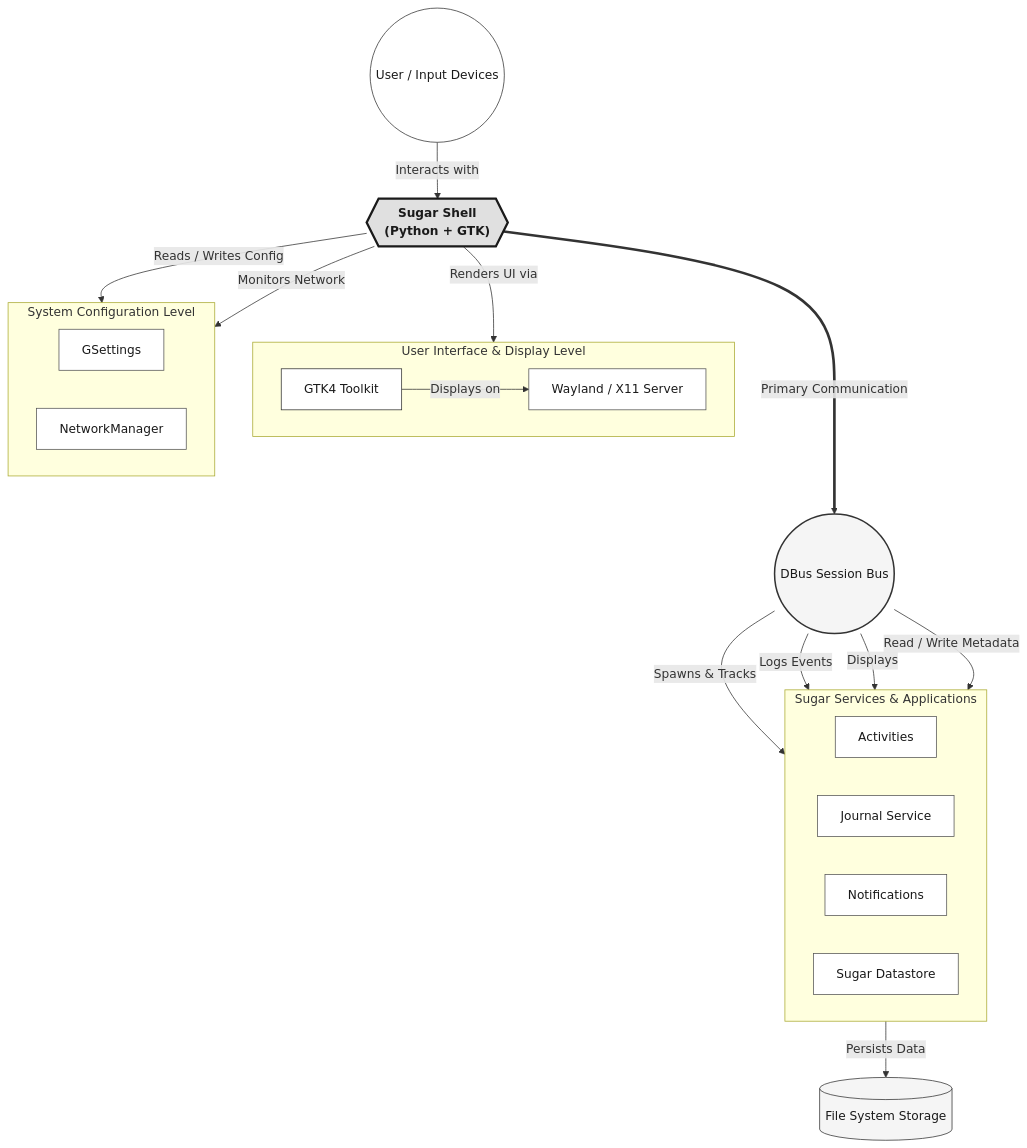
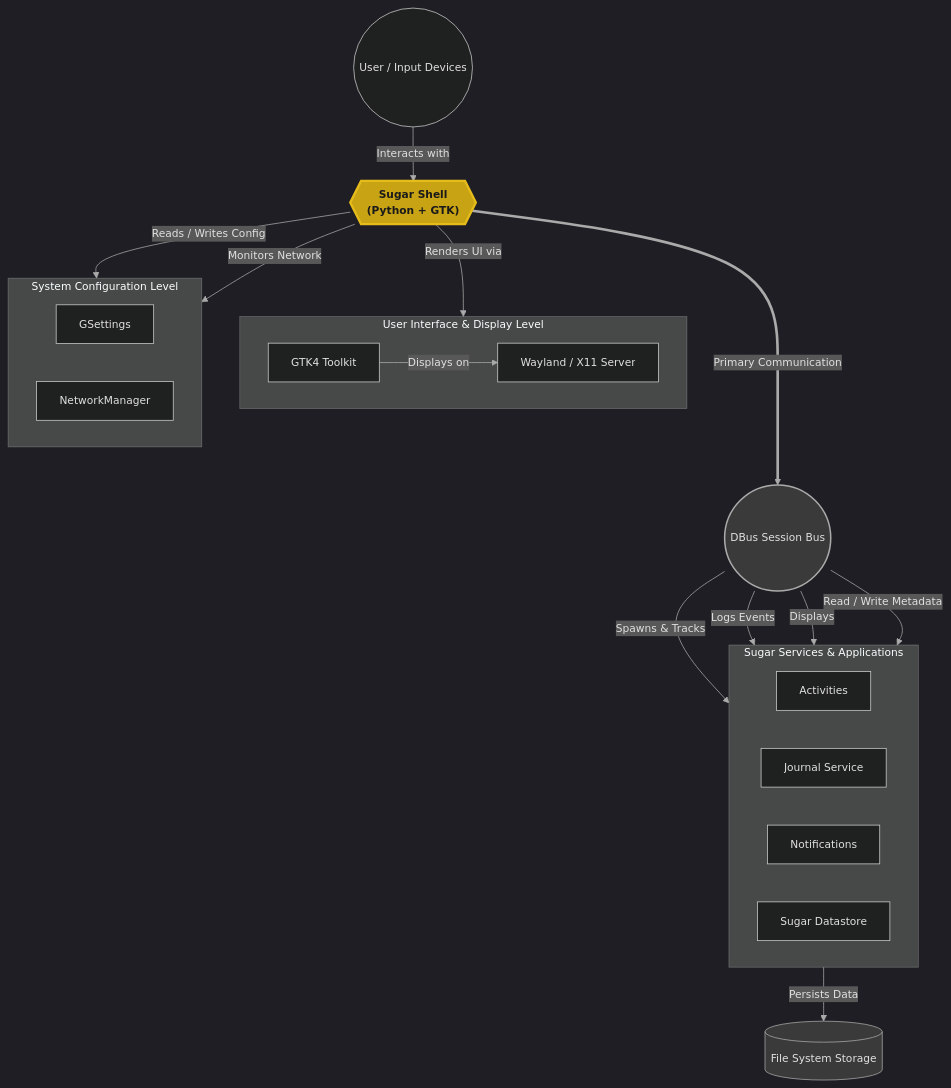
One commit to Dev10-sys/sugar-proposal-gtk changed the first of 9 diagrams in proposal.md. Above: the diagram before and after it, drawn with Mermaid. The commit also changed other lines of this file, not shown here.

Commit message:
Dark theme diagrams: professional system architecture style with amber highlights

````diff
--- a/proposal.md
+++ b/proposal.md
@@ -158,69 +158,47 @@
 ```mermaid
+%%{init: {'theme': 'dark', 'themeVariables': {'primaryColor': '#2a2a2a', 'primaryBorderColor': '#888', 'lineColor': '#aaa', 'textColor': '#e0e0e0', 'fontSize': '14px'}}}%%
 flowchart TD
-    %% Top Level User Interaction
     User(("User / Input Devices"))
 
-    %% User Interface & System Display Layer
     subgraph UI_Layer ["User Interface & Display Level"]
         direction LR
         GTK["GTK4 Toolkit"]
         Display["Wayland / X11 Server"]
     end
 
-    %% The Middle Layer (Core)
     Shell{{"Sugar Shell\n(Python + GTK)"}}
 
-    %% System Configuration
     subgraph Config_Layer ["System Configuration Level"]
         direction LR
         GSettings["GSettings"]
         NetworkManager["NetworkManager"]
     end
 
-    %% IPC Communication Layer
     DBus(("DBus Session Bus"))
 
-    %% Background Services
     subgraph Services_Layer ["Sugar Services & Applications"]
         direction LR
         Activities["Activities"]
         Journal["Journal Service"]
         Notifications["Notifications"]
         Datastore["Sugar Datastore"]
     end
 
-    %% Persistence Layer
     Storage[("File System Storage")]
 
-    %% Interactions
     User -->|Interacts with| Shell
-
     Shell -->|Renders UI via| GTK
     GTK -->|Displays on| Display
-
     Shell -->|Reads / Writes Config| GSettings
     Shell -->|Monitors Network| NetworkManager
-
     Shell ===>|Primary Communication| DBus
-
     DBus -->|Spawns & Tracks| Activities
     DBus -->|Logs Events| Journal
     DBus -->|Displays| Notifications
     DBus -->|Read / Write Metadata| Datastore
-
     Datastore -->|Persists Data| Storage
 
-    %% Styling
-    style User fill:#fff,stroke:#333,stroke-width:1px,color:#1a1a1a
-    style Shell fill:#e0e0e0,stroke:#1a1a1a,stroke-width:3px,color:#1a1a1a,font-weight:bold
-    style DBus fill:#f5f5f5,stroke:#333,stroke-width:2px,color:#1a1a1a
-    style GTK fill:#fff,stroke:#333,stroke-width:1px,color:#1a1a1a
-    style Display fill:#fff,stroke:#555,stroke-width:1px,color:#1a1a1a
-    style GSettings fill:#fff,stroke:#555,stroke-width:1px,color:#1a1a1a
-    style NetworkManager fill:#fff,stroke:#555,stroke-width:1px,color:#1a1a1a
-    style Storage fill:#f5f5f5,stroke:#333,stroke-width:1px,color:#1a1a1a
-    style Activities fill:#fff,stroke:#555,stroke-width:1px,color:#1a1a1a
-    style Journal fill:#fff,stroke:#555,stroke-width:1px,color:#1a1a1a
-    style Datastore fill:#fff,stroke:#555,stroke-width:1px,color:#1a1a1a
-    style Notifications fill:#fff,stroke:#555,stroke-width:1px,color:#1a1a1a
+    style Shell fill:#c8a415,stroke:#e6bc1a,stroke-width:3px,color:#1a1a1a,font-weight:bold
+    style DBus fill:#3a3a3a,stroke:#aaa,stroke-width:2px,color:#e0e0e0
+    style Storage fill:#3a3a3a,stroke:#aaa,stroke-width:1px,color:#e0e0e0
 ```
````
